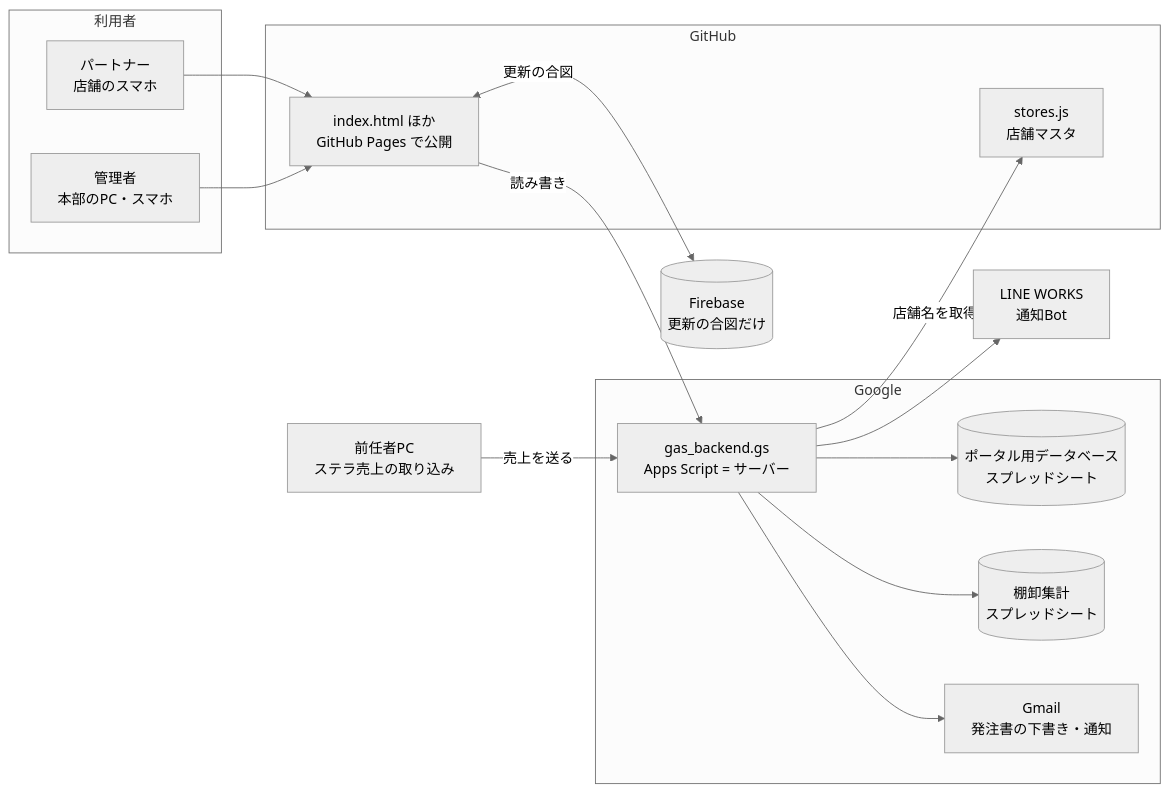
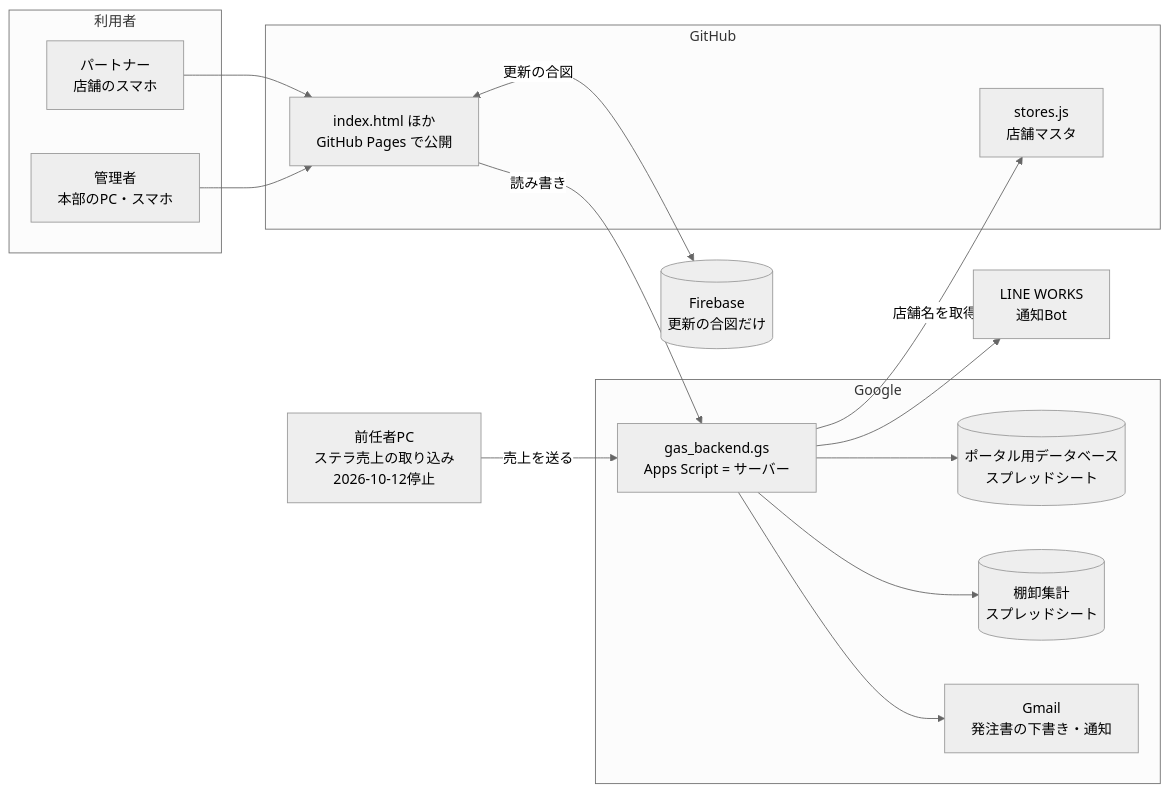
Before and after one commit to selfcafe/internal-web-system: the first of 7 diagrams in ARCHITECTURE.md, drawn with Mermaid (neutral theme). The commit also changed 2 other files, not shown here.

Commit message:
前任者PCのポータル監視(InternalPortalHealthWatchdog)を廃止し、PC依存をなくした: ドキュメントを更新
代わりに権限の固定とデプロイ時のチェック(前コミット)で承認切れの原因を防ぐ。
止まった時の再認可手順をHANDOVER.md 4-1とCLAUDE.md 1章に記載。

````diff
--- a/ARCHITECTURE.md
+++ b/ARCHITECTURE.md
@@ -14,31 +14,31 @@
 ```mermaid
 flowchart LR
   subgraph 利用者
     P[パートナー<br>店舗のスマホ]
     A[管理者<br>本部のPC・スマホ]
   end
   subgraph GitHub
     H[index.html ほか<br>GitHub Pages で公開]
     S[stores.js<br>店舗マスタ]
   end
   subgraph Google
     G[gas_backend.gs<br>Apps Script = サーバー]
     DB[(ポータル用データベース<br>スプレッドシート)]
     INV[(棚卸集計<br>スプレッドシート)]
     GM[Gmail<br>発注書の下書き・通知]
   end
   F[(Firebase<br>更新の合図だけ)]
   LW[LINE WORKS<br>通知Bot]
-  PC[前任者PC<br>ステラ売上の取り込み]
+  PC[前任者PC<br>ステラ売上の取り込み<br>2026-10-12停止]
 
   P --> H
   A --> H
   H -->|読み書き| G
   H <-->|更新の合図| F
   G --> DB
   G --> INV
   G --> GM
   G --> LW
   G -->|店舗名を取得| S
   PC -->|売上を送る| G
 ```
````
